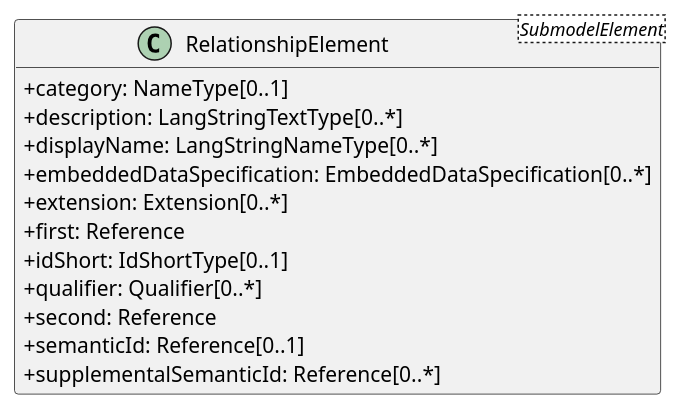
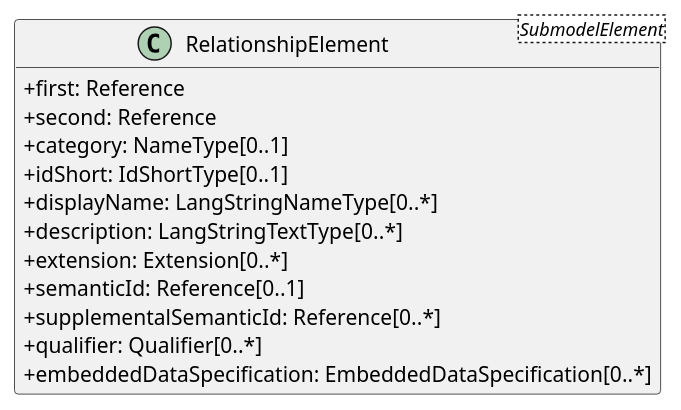
Before and after one commit to zrgt/py2puml: the diagram in output/classes/RelationshipElement.puml, drawn with PlantUML. The commit also changed other lines of this file and 68 other files, not shown here.

```diff
--- a/output/classes/RelationshipElement.puml
+++ b/output/classes/RelationshipElement.puml
@@ -1,18 +1,18 @@
 @startuml
 skinparam classAttributeIconSize 0
 hide methods
 
 class RelationshipElement<SubmodelElement> {
+  +first: Reference 
+  +second: Reference 
   +category: NameType[0..1] 
+  +idShort: IdShortType[0..1] 
+  +displayName: LangStringNameType[0..*] 
   +description: LangStringTextType[0..*] 
-  +displayName: LangStringNameType[0..*] 
-  +embeddedDataSpecification: EmbeddedDataSpecification[0..*] 
   +extension: Extension[0..*] 
-  +first: Reference 
-  +idShort: IdShortType[0..1] 
-  +qualifier: Qualifier[0..*] 
-  +second: Reference 
   +semanticId: Reference[0..1] 
   +supplementalSemanticId: Reference[0..*] 
+  +qualifier: Qualifier[0..*] 
+  +embeddedDataSpecification: EmbeddedDataSpecification[0..*] 
 }
 @enduml
```
